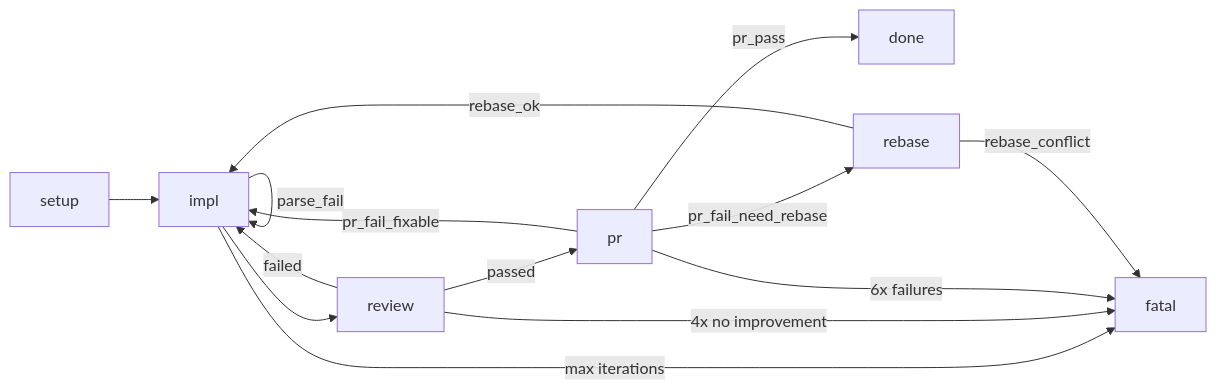
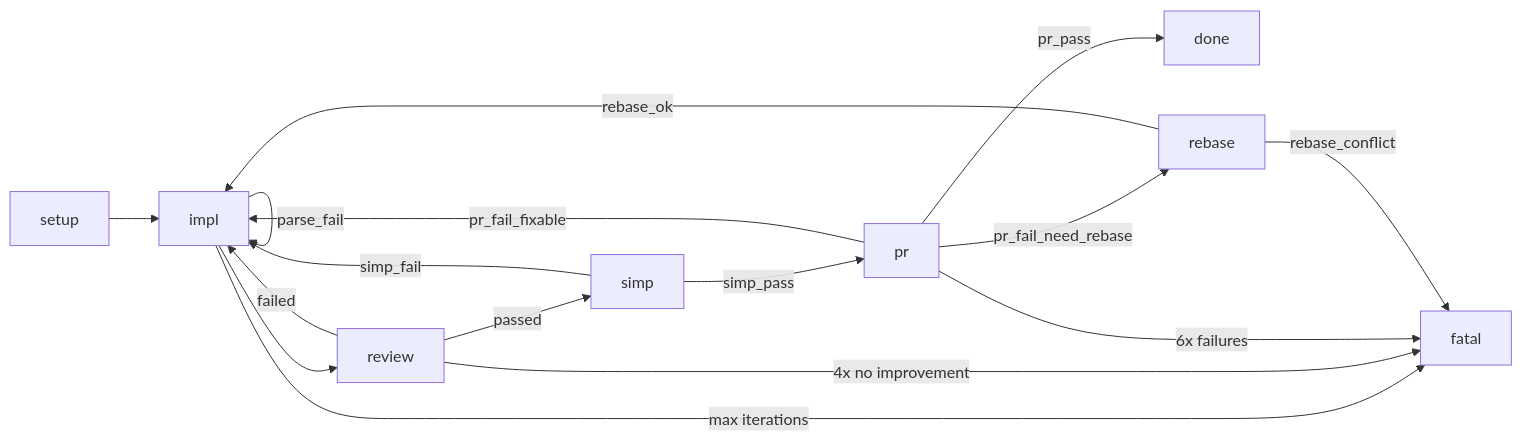
One commit to comhuhuan/agentize changed the first of 2 diagrams in python/agentize/workflow/impl/impl.md. Above: the diagram before and after it, drawn with Mermaid. The commit also changed other lines of this file and 3 other files, not shown here.

````diff
--- a/python/agentize/workflow/impl/impl.md
+++ b/python/agentize/workflow/impl/impl.md
@@ -67,17 +70,19 @@
 ```mermaid
 flowchart LR
     setup[setup] --> impl[impl]
     impl -->|impl_not_done| impl
     impl -->|parse_fail| impl
     impl -->|max iterations| fatal[fatal]
     impl --> review[review]
-    review -->|passed| pr[pr]
+    review -->|passed| simp[simp]
     review -->|failed| impl
     review -->|4x no improvement| fatal
+    simp -->|simp_pass| pr[pr]
+    simp -->|simp_fail| impl
     pr -->|pr_pass| done[done]
     pr -->|pr_fail_fixable| impl
     pr -->|pr_fail_need_rebase| rebase[rebase]
     pr -->|6x failures| fatal
     rebase -->|rebase_ok| impl
     rebase -->|rebase_conflict| fatal
 ```
````
